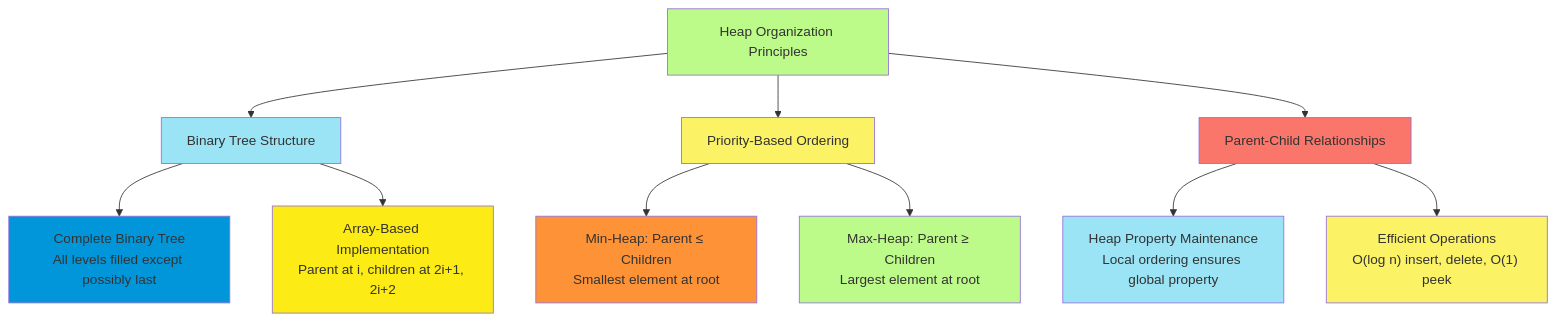
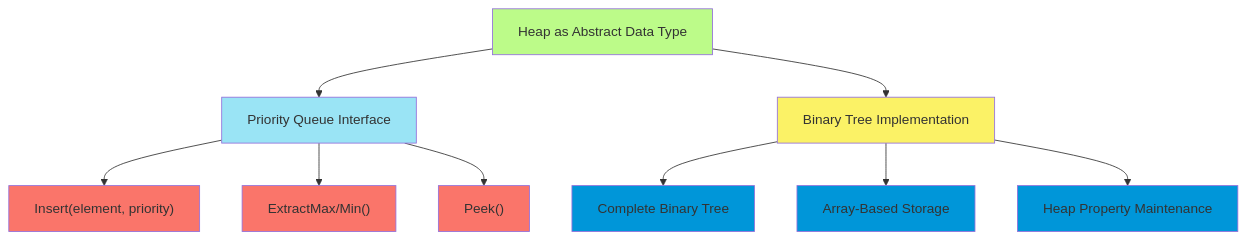
The first of 6 diagrams in C_8.md (Chaklader/Coding-Interview), drawn with Mermaid before and after one commit. The commit also changed other lines of this file, not shown here.

````diff
--- a/C_8.md
+++ b/C_8.md
@@ -44,26 +42,23 @@
 ```mermaid
-flowchart TD
-    A["Heap Organization Principles"] --> B["Binary Tree Structure"]
-    A --> C["Priority-Based Ordering"]
-    A --> D["Parent-Child Relationships"]
+graph TD
+    A["Heap as Abstract Data Type"] --> B["Priority Queue Interface"]
+    A --> C["Binary Tree Implementation"]
 
-    B --> E["Complete Binary Tree<br>All levels filled except possibly last"]
-    B --> F["Array-Based Implementation<br>Parent at i, children at 2i+1, 2i+2"]
+    B --> D["Insert(element, priority)"]
+    B --> E["ExtractMax/Min()"]
+    B --> F["Peek()"]
 
-    C --> G["Min-Heap: Parent ≤ Children<br>Smallest element at root"]
-    C --> H["Max-Heap: Parent ≥ Children<br>Largest element at root"]
-
-    D --> I["Heap Property Maintenance<br>Local ordering ensures global property"]
-    D --> J["Efficient Operations<br>O(log n) insert, delete, O(1) peek"]
+    C --> G["Complete Binary Tree"]
+    C --> H["Array-Based Storage"]
+    C --> I["Heap Property Maintenance"]
 
     style A fill:#BCFB89
     style B fill:#9AE4F5
     style C fill:#FBF266
     style D fill:#FA756A
-    style E fill:#0096D9
-    style F fill:#FCEB14
-    style G fill:#FE9237
-    style H fill:#BCFB89
-    style I fill:#9AE4F5
-    style J fill:#FBF266
+    style E fill:#FA756A
+    style F fill:#FA756A
+    style G fill:#0096D9
+    style H fill:#0096D9
+    style I fill:#0096D9
 ```
````
